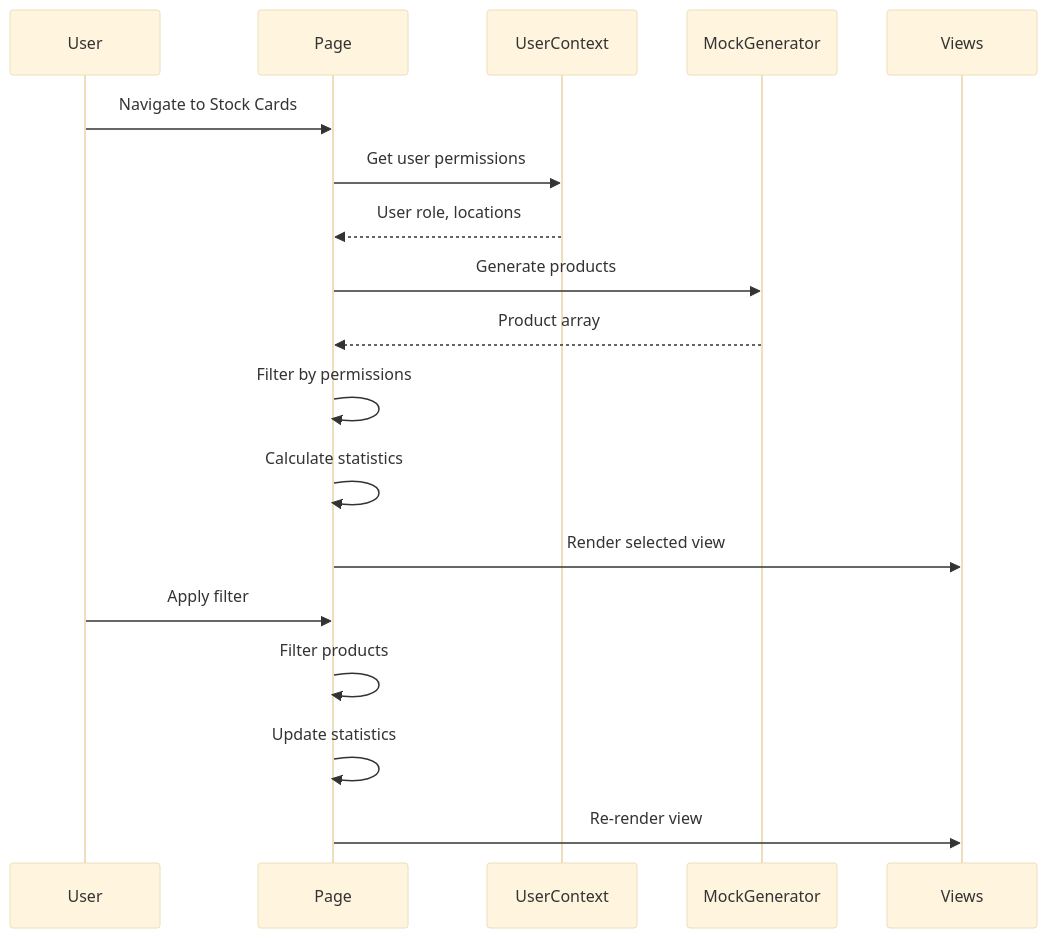
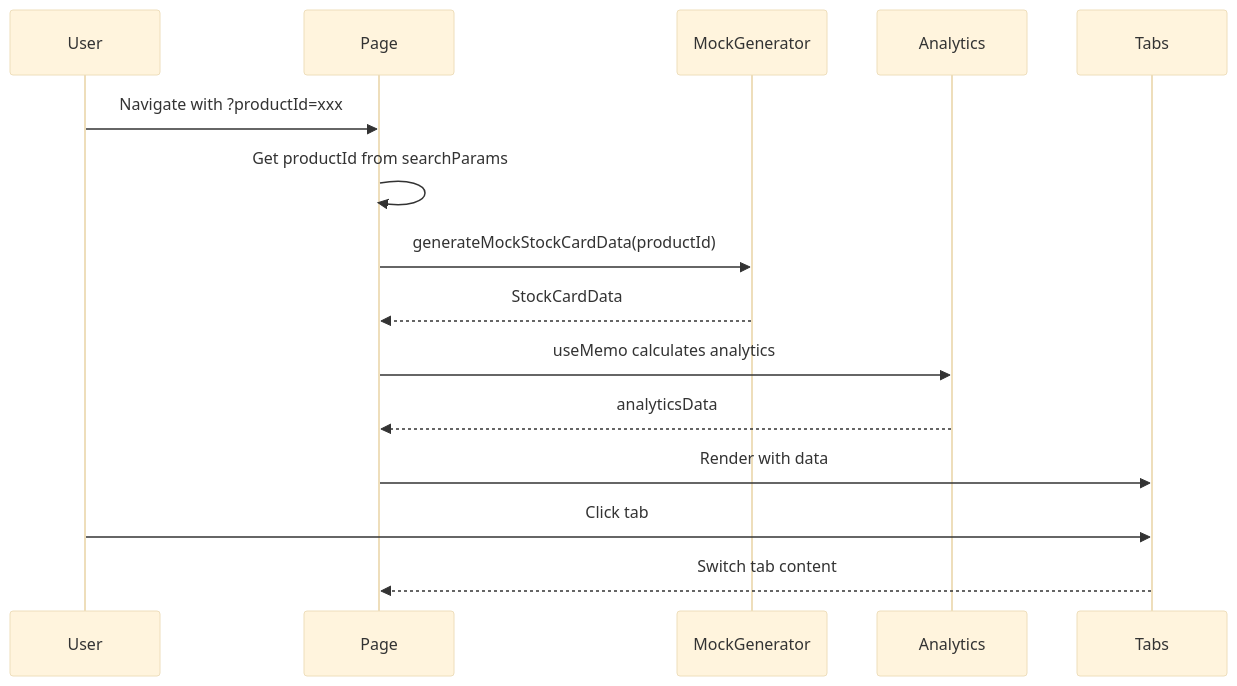
The third of 3 diagrams in docs/app/inventory-management/stock-overview/stock-cards/TS-stock-cards.md (PeakMNA/carmen), drawn with Mermaid (base theme) before and after one commit. The commit also changed other lines of this file and 473 other files, not shown here.

````diff
--- a/docs/app/inventory-management/stock-overview/stock-cards/TS-stock-cards.md
+++ b/docs/app/inventory-management/stock-overview/stock-cards/TS-stock-cards.md
@@ -131,22 +487,18 @@
 ```mermaid
 sequenceDiagram
     participant User
     participant Page
-    participant UserContext
     participant MockGenerator
-    participant Views
+    participant Analytics
+    participant Tabs
 
-    User->>Page: Navigate to Stock Cards
-    Page->>UserContext: Get user permissions
-    UserContext-->>Page: User role, locations
-    Page->>MockGenerator: Generate products
-    MockGenerator-->>Page: Product array
-    Page->>Page: Filter by permissions
-    Page->>Page: Calculate statistics
-    Page->>Views: Render selected view
-
-    User->>Page: Apply filter
-    Page->>Page: Filter products
-    Page->>Page: Update statistics
-    Page->>Views: Re-render view
+    User->>Page: Navigate with ?productId=xxx
+    Page->>Page: Get productId from searchParams
+    Page->>MockGenerator: generateMockStockCardData(productId)
+    MockGenerator-->>Page: StockCardData
+    Page->>Analytics: useMemo calculates analytics
+    Analytics-->>Page: analyticsData
+    Page->>Tabs: Render with data
+    User->>Tabs: Click tab
+    Tabs-->>Page: Switch tab content
 ```
````
